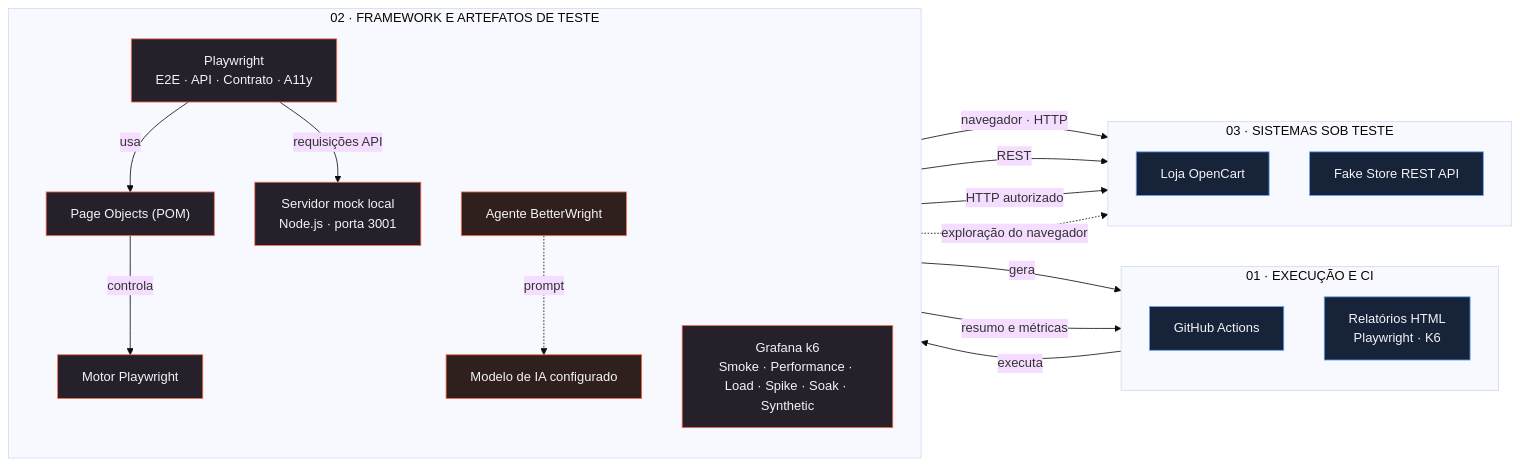
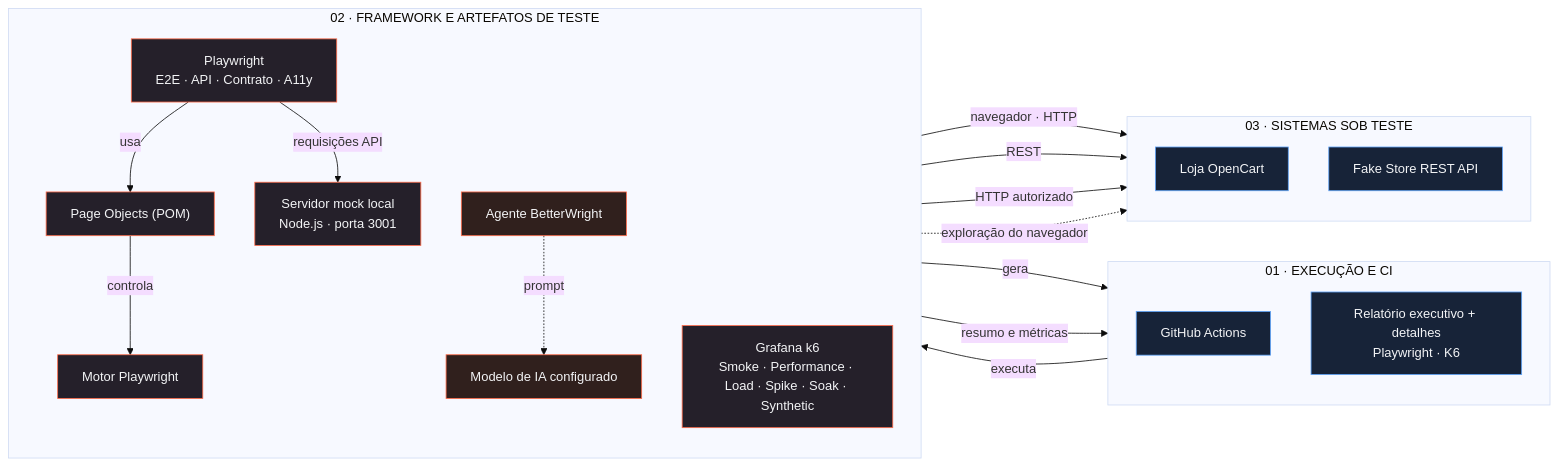
Before and after one commit to DavidsonLuna/QA-Harness-Pilot: the diagram in README.md, drawn with Mermaid (base theme). The commit also changed other lines of this file and 5 other files, not shown here.

````diff
--- a/README.md
+++ b/README.md
@@ -15,46 +15,46 @@
 ```mermaid
 flowchart LR
   subgraph CI["01 · EXECUÇÃO E CI"]
     direction TB
     Actions["GitHub Actions"]
-    Reports["Relatórios HTML<br/>Playwright · K6"]
+    Reports["Relatório executivo + detalhes<br/>Playwright · K6"]
   end
 
   subgraph Framework["02 · FRAMEWORK E ARTEFATOS DE TESTE"]
     direction TB
     Specs["Playwright<br/>E2E · API · Contrato · A11y"]
     Pages["Page Objects (POM)"]
     Engine["Motor Playwright"]
     K6["Grafana k6<br/>Smoke · Performance · Load · Spike · Soak · Synthetic"]
     Mock["Servidor mock local<br/>Node.js · porta 3001"]
     Agent["Agente BetterWright"]
     Model["Modelo de IA configurado"]
   end
 
   subgraph SUT["03 · SISTEMAS SOB TESTE"]
     direction TB
     Store["Loja OpenCart"]
     API["Fake Store REST API"]
   end
 
   Actions -->|executa| Specs
   Specs -->|usa| Pages
   Pages -->|controla| Engine
   Engine -->|navegador · HTTP| Store
   Specs -->|requisições API| Mock
   Mock -->|REST| API
   K6 -->|HTTP autorizado| API
   Specs -->|gera| Reports
   K6 -->|resumo e métricas| Reports
   Agent -. prompt .-> Model
   Agent -. exploração do navegador .-> Store
 
   classDef ci fill:#172338,stroke:#60a5fa,color:#f3f4f6
   classDef core fill:#25202a,stroke:#ff6b4a,color:#f3f4f6
   classDef ai fill:#30201d,stroke:#ff6b4a,color:#f3f4f6
   classDef sut fill:#172338,stroke:#60a5fa,color:#f3f4f6
   class Actions,Reports ci
   class Specs,Pages,Engine,Mock,K6 core
   class Agent,Model ai
   class Store,API sut
 ```
````
